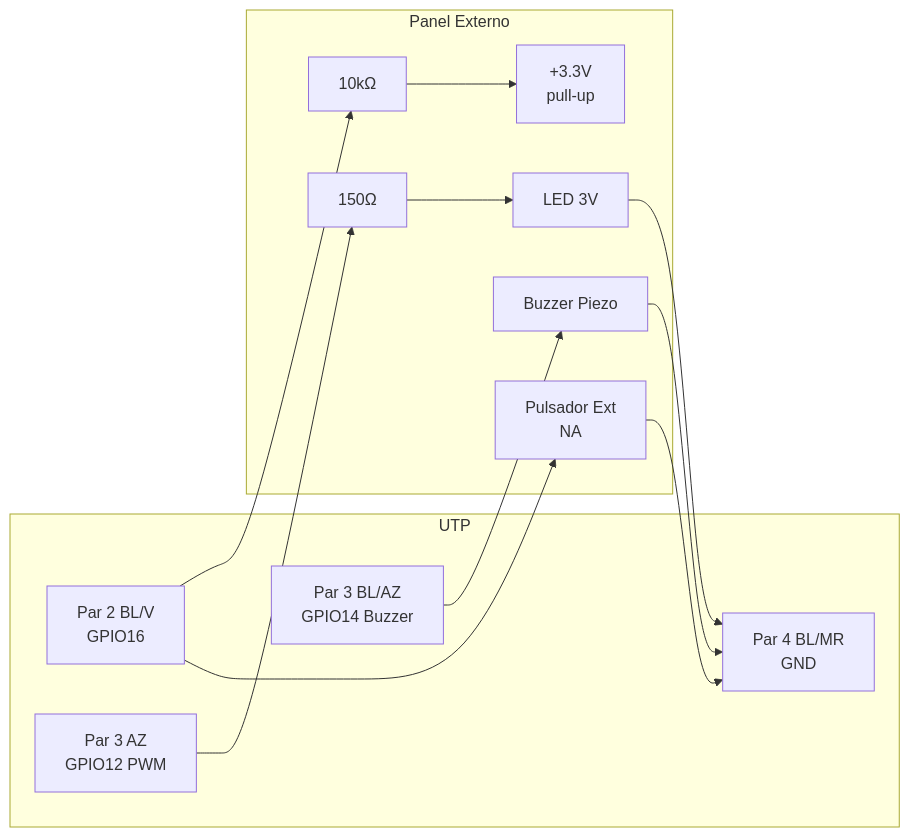
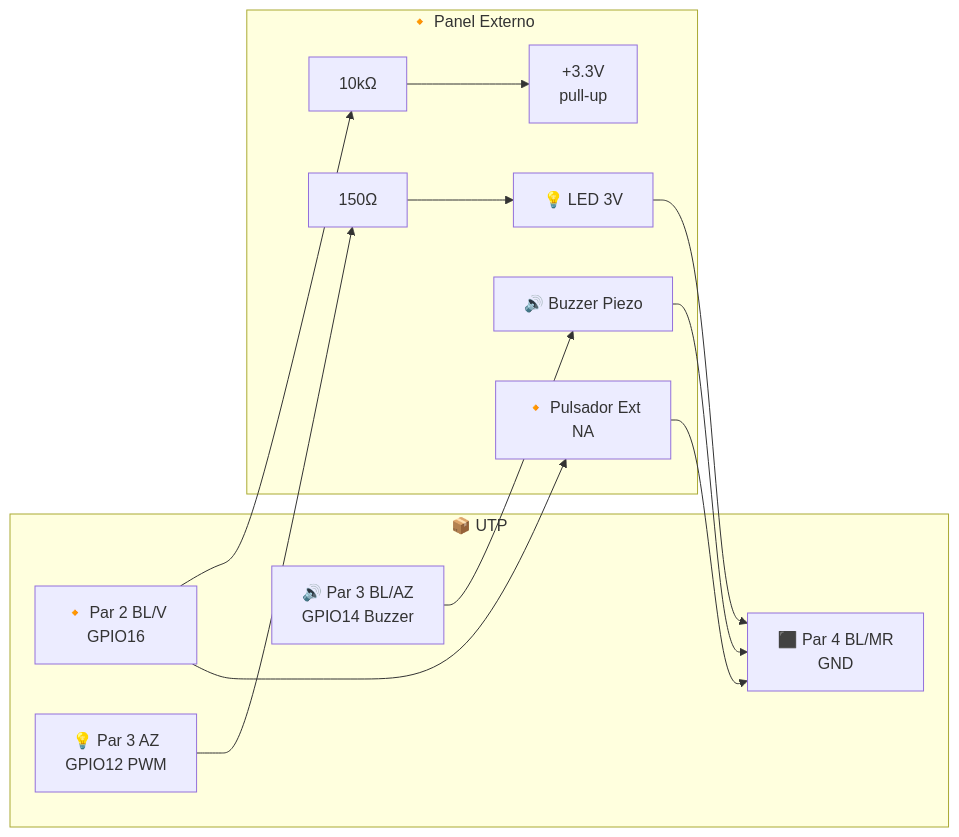
Before and after one commit to abelbour/Abrepuertas: the fifth of 10 diagrams in SYSTEM_DEFINITION.md, drawn with Mermaid. The commit also changed other lines of this file, not shown here.

Commit message:
Add emoji identifiers to tables and diagrams for signal identification

````diff
--- a/SYSTEM_DEFINITION.md
+++ b/SYSTEM_DEFINITION.md
@@ -405,21 +404,21 @@
 ```mermaid
 flowchart LR
-    subgraph UTP["UTP"]
-        BLV[Par 2 BL/V<br/>GPIO16]
-        AZ[Par 3 AZ<br/>GPIO12 PWM]
-        BLAZ[Par 3 BL/AZ<br/>GPIO14 Buzzer]
-        GND[Par 4 BL/MR<br/>GND]
+    subgraph UTP["📦 UTP"]
+        BLV["🔸 Par 2 BL/V<br/>GPIO16"]
+        AZ["💡 Par 3 AZ<br/>GPIO12 PWM"]
+        BLAZ["🔊 Par 3 BL/AZ<br/>GPIO14 Buzzer"]
+        GND["⬛ Par 4 BL/MR<br/>GND"]
     end
 
-    subgraph Panel["Panel Externo"]
+    subgraph Panel["🔸 Panel Externo"]
         BLV --> R10k[10kΩ] --> Vcc[+3.3V<br/>pull-up]
-        BLV --> Puls[Pulsador Ext<br/>NA]
+        BLV --> Puls["🔸 Pulsador Ext<br/>NA"]
         Puls --> GND
 
-        AZ --> R150[150Ω] --> LED3[LED 3V]
+        AZ --> R150[150Ω] --> LED3["💡 LED 3V"]
         LED3 --> GND
 
-        BLAZ --> Buz[Buzzer Piezo]
+        BLAZ --> Buz["🔊 Buzzer Piezo"]
         Buz --> GND
     end
 ```
````
